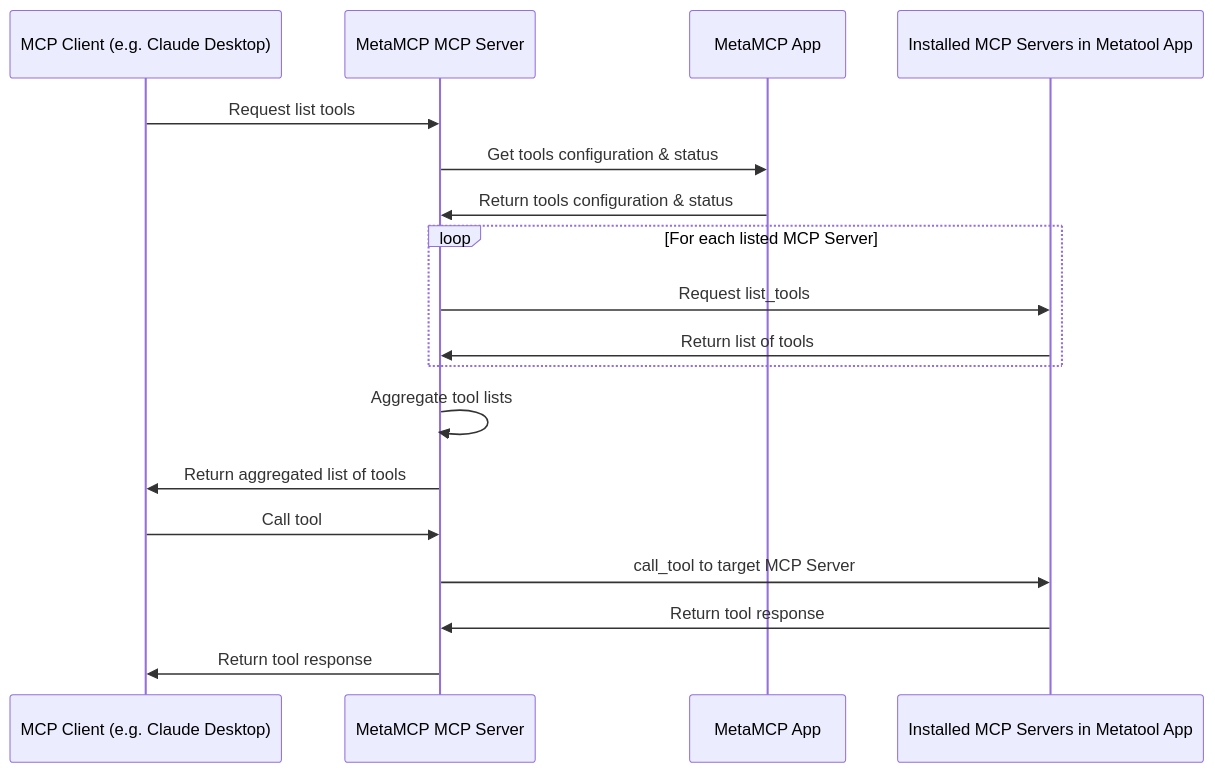
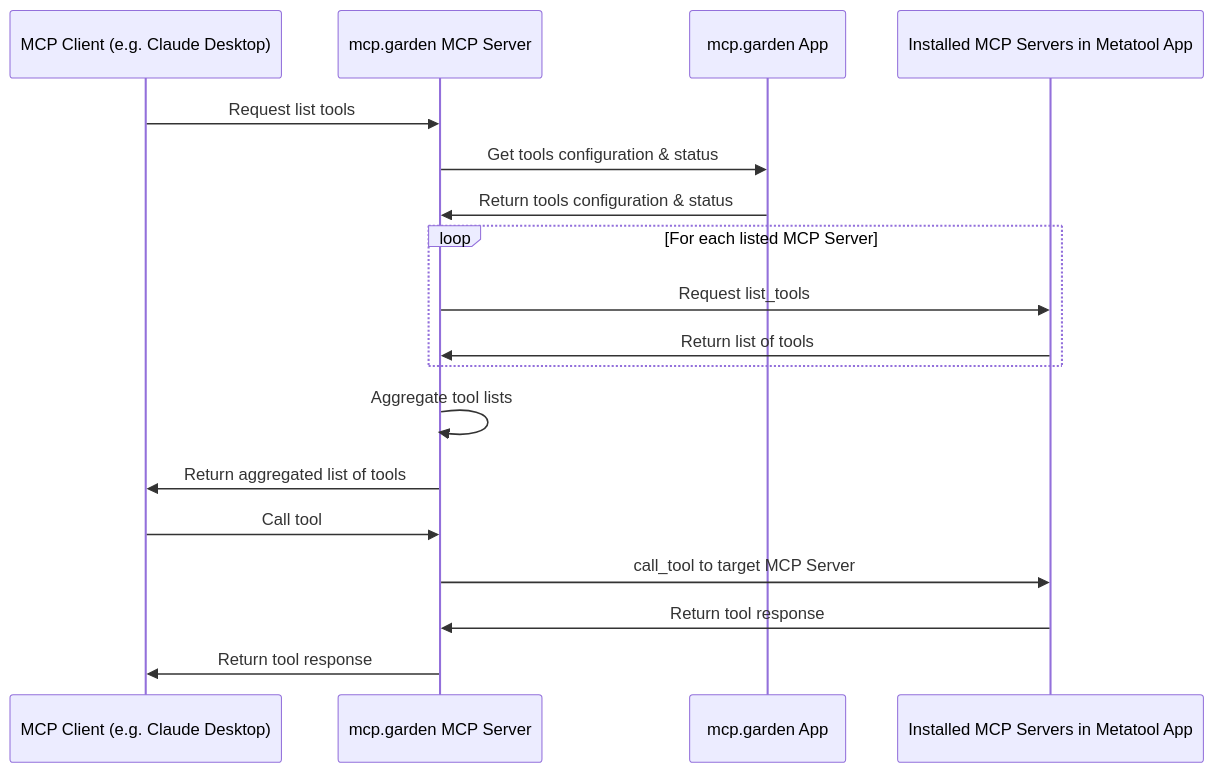
Before and after one commit to ChrisLally/mcp-server-metamcp: the diagram in README.md, drawn with Mermaid. The commit also changed other lines of this file and 15 other files, not shown here.

````diff
--- a/README.md
+++ b/README.md
@@ -103,24 +103,24 @@
 ```mermaid
 sequenceDiagram
     participant MCPClient as MCP Client (e.g. Claude Desktop)
-    participant MetaMCP-mcp-server as MetaMCP MCP Server
-    participant MetaMCPApp as MetaMCP App
+    participant mcp.garden-mcp-server as mcp.garden MCP Server
+    participant MetaMCPApp as mcp.garden App
     participant MCPServers as Installed MCP Servers in Metatool App
 
-    MCPClient ->> MetaMCP-mcp-server: Request list tools
-    MetaMCP-mcp-server ->> MetaMCPApp: Get tools configuration & status
-    MetaMCPApp ->> MetaMCP-mcp-server: Return tools configuration & status
+    MCPClient ->> mcp.garden-mcp-server: Request list tools
+    mcp.garden-mcp-server ->> MetaMCPApp: Get tools configuration & status
+    MetaMCPApp ->> mcp.garden-mcp-server: Return tools configuration & status
 
     loop For each listed MCP Server
-        MetaMCP-mcp-server ->> MCPServers: Request list_tools
-        MCPServers ->> MetaMCP-mcp-server: Return list of tools
+        mcp.garden-mcp-server ->> MCPServers: Request list_tools
+        MCPServers ->> mcp.garden-mcp-server: Return list of tools
     end
 
-    MetaMCP-mcp-server ->> MetaMCP-mcp-server: Aggregate tool lists
-    MetaMCP-mcp-server ->> MCPClient: Return aggregated list of tools
+    mcp.garden-mcp-server ->> mcp.garden-mcp-server: Aggregate tool lists
+    mcp.garden-mcp-server ->> MCPClient: Return aggregated list of tools
 
-    MCPClient ->> MetaMCP-mcp-server: Call tool
-    MetaMCP-mcp-server ->> MCPServers: call_tool to target MCP Server
-    MCPServers ->> MetaMCP-mcp-server: Return tool response
-    MetaMCP-mcp-server ->> MCPClient: Return tool response
+    MCPClient ->> mcp.garden-mcp-server: Call tool
+    mcp.garden-mcp-server ->> MCPServers: call_tool to target MCP Server
+    MCPServers ->> mcp.garden-mcp-server: Return tool response
+    mcp.garden-mcp-server ->> MCPClient: Return tool response
 ```
````
